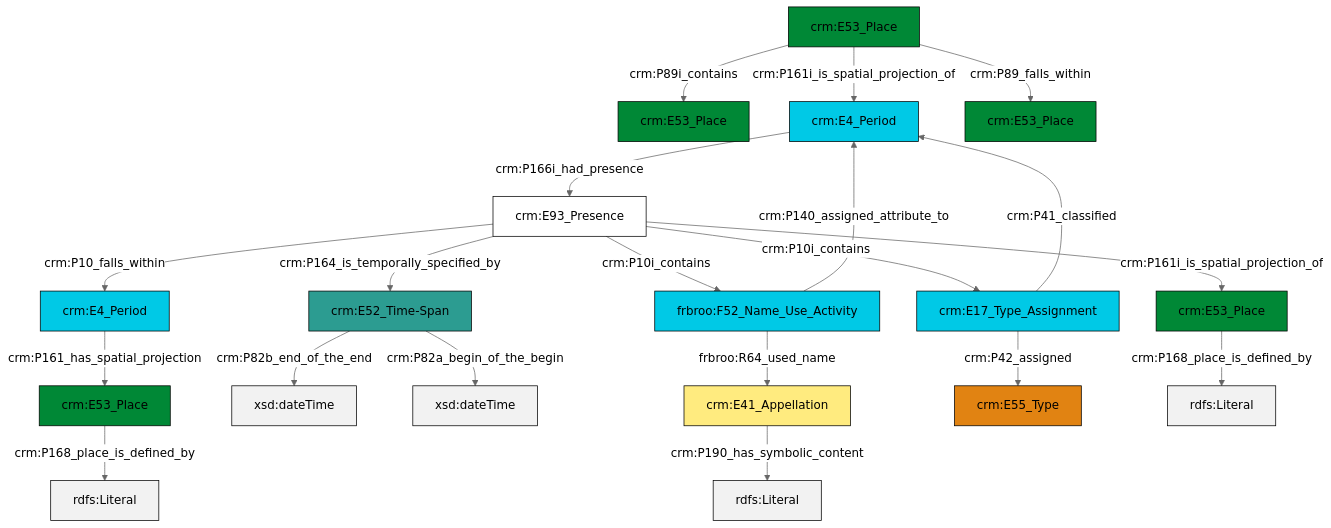
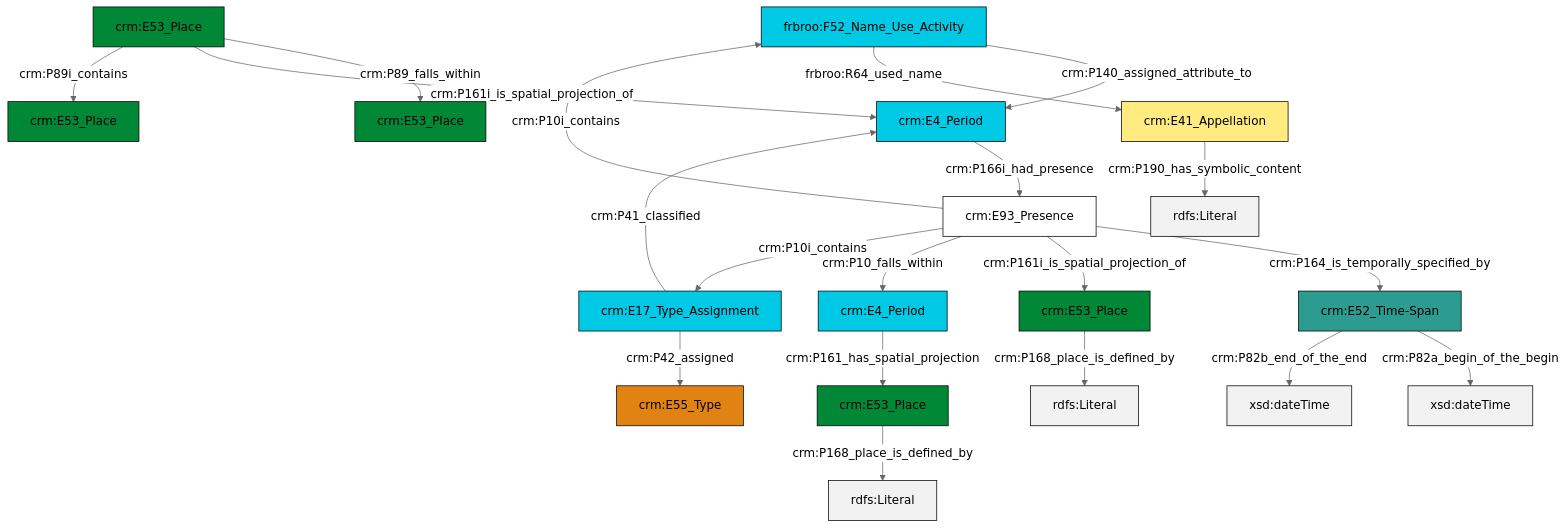
The diagram in et/placeCSV/ttl/mmd/place_parthood.ttl.mmd (swiss-art-research-net/reference-data-models), drawn with Mermaid (neutral theme) before and after one commit. The commit also changed 128 other files, not shown here.

```diff
--- a/et/placeCSV/ttl/mmd/place_parthood.ttl.mmd
+++ b/et/placeCSV/ttl/mmd/place_parthood.ttl.mmd
@@ -1,34 +1,34 @@
 graph TD
 classDef Literal fill:#f2f2f2,stroke:#000000;
 classDef CRM_Entity fill:#FFFFFF,stroke:#000000;
 classDef Temporal_Entity fill:#00C9E6, stroke:#000000;
 classDef Type fill:#E18312, stroke:#000000;
 classDef Time-Span fill:#2C9C91, stroke:#000000;
 classDef Appellation fill:#FFEB7F, stroke:#000000;
 classDef Place fill:#008836, stroke:#000000;
 classDef Persistent_Item fill:#B266B2, stroke:#000000;
 classDef Conceptual_Object fill:#FFD700, stroke:#000000;
 classDef Physical_Thing fill:#D2B48C, stroke:#000000;
 classDef Actor fill:#f58aad, stroke:#000000;
 classDef PC_Classes fill:#4ce600, stroke:#000000;
 classDef Multi fill:#cccccc,stroke:#000000;
 
-4["crm:E93_Presence"]:::CRM_Entity -->|crm:P10i_contains| 2["crm:E17_Type_Assignment"]:::Temporal_Entity
-0["crm:E53_Place"]:::Place -->|crm:P89i_contains| 5["crm:E53_Place"]:::Place
-6["crm:E4_Period"]:::Temporal_Entity -->|crm:P161_has_spatial_projection| 7["crm:E53_Place"]:::Place
-2["crm:E17_Type_Assignment"]:::Temporal_Entity -->|crm:P41_classified| 8["crm:E4_Period"]:::Temporal_Entity
-12["crm:E52_Time-Span"]:::Time-Span -->|crm:P82b_end_of_the_end| 13[xsd:dateTime]:::Literal
-4["crm:E93_Presence"]:::CRM_Entity -->|crm:P161i_is_spatial_projection_of| 10["crm:E53_Place"]:::Place
-14["frbroo:F52_Name_Use_Activity"]:::Temporal_Entity -->|crm:P140_assigned_attribute_to| 8["crm:E4_Period"]:::Temporal_Entity
-12["crm:E52_Time-Span"]:::Time-Span -->|crm:P82a_begin_of_the_begin| 15[xsd:dateTime]:::Literal
-8["crm:E4_Period"]:::Temporal_Entity -->|crm:P166i_had_presence| 4["crm:E93_Presence"]:::CRM_Entity
-0["crm:E53_Place"]:::Place -->|crm:P161i_is_spatial_projection_of| 8["crm:E4_Period"]:::Temporal_Entity
-14["frbroo:F52_Name_Use_Activity"]:::Temporal_Entity -->|frbroo:R64_used_name| 16["crm:E41_Appellation"]:::Appellation
-4["crm:E93_Presence"]:::CRM_Entity -->|crm:P10_falls_within| 6["crm:E4_Period"]:::Temporal_Entity
-2["crm:E17_Type_Assignment"]:::Temporal_Entity -->|crm:P42_assigned| 19["crm:E55_Type"]:::Type
-0["crm:E53_Place"]:::Place -->|crm:P89_falls_within| 22["crm:E53_Place"]:::Place
-10["crm:E53_Place"]:::Place -->|crm:P168_place_is_defined_by| 25[rdfs:Literal]:::Literal
-16["crm:E41_Appellation"]:::Appellation -->|crm:P190_has_symbolic_content| 26[rdfs:Literal]:::Literal
-7["crm:E53_Place"]:::Place -->|crm:P168_place_is_defined_by| 28[rdfs:Literal]:::Literal
-4["crm:E93_Presence"]:::CRM_Entity -->|crm:P10i_contains| 14["frbroo:F52_Name_Use_Activity"]:::Temporal_Entity
-4["crm:E93_Presence"]:::CRM_Entity -->|crm:P164_is_temporally_specified_by| 12["crm:E52_Time-Span"]:::Time-Span
+0["frbroo:F52_Name_Use_Activity"]:::Temporal_Entity -->|crm:P140_assigned_attribute_to| 1["crm:E4_Period"]:::Temporal_Entity
+2["crm:E93_Presence"]:::CRM_Entity -->|crm:P164_is_temporally_specified_by| 3["crm:E52_Time-Span"]:::Time-Span
+4["crm:E53_Place"]:::Place -->|crm:P89_falls_within| 5["crm:E53_Place"]:::Place
+0["frbroo:F52_Name_Use_Activity"]:::Temporal_Entity -->|frbroo:R64_used_name| 10["crm:E41_Appellation"]:::Appellation
+11["crm:E4_Period"]:::Temporal_Entity -->|crm:P161_has_spatial_projection| 12["crm:E53_Place"]:::Place
+13["crm:E53_Place"]:::Place -->|crm:P168_place_is_defined_by| 14[rdfs:Literal]:::Literal
+4["crm:E53_Place"]:::Place -->|crm:P161i_is_spatial_projection_of| 1["crm:E4_Period"]:::Temporal_Entity
+2["crm:E93_Presence"]:::CRM_Entity -->|crm:P161i_is_spatial_projection_of| 13["crm:E53_Place"]:::Place
+2["crm:E93_Presence"]:::CRM_Entity -->|crm:P10_falls_within| 11["crm:E4_Period"]:::Temporal_Entity
+16["crm:E17_Type_Assignment"]:::Temporal_Entity -->|crm:P42_assigned| 18["crm:E55_Type"]:::Type
+2["crm:E93_Presence"]:::CRM_Entity -->|crm:P10i_contains| 0["frbroo:F52_Name_Use_Activity"]:::Temporal_Entity
+10["crm:E41_Appellation"]:::Appellation -->|crm:P190_has_symbolic_content| 21[rdfs:Literal]:::Literal
+3["crm:E52_Time-Span"]:::Time-Span -->|crm:P82a_begin_of_the_begin| 23[xsd:dateTime]:::Literal
+4["crm:E53_Place"]:::Place -->|crm:P89i_contains| 6["crm:E53_Place"]:::Place
+2["crm:E93_Presence"]:::CRM_Entity -->|crm:P10i_contains| 16["crm:E17_Type_Assignment"]:::Temporal_Entity
+3["crm:E52_Time-Span"]:::Time-Span -->|crm:P82b_end_of_the_end| 26[xsd:dateTime]:::Literal
+12["crm:E53_Place"]:::Place -->|crm:P168_place_is_defined_by| 27[rdfs:Literal]:::Literal
+1["crm:E4_Period"]:::Temporal_Entity -->|crm:P166i_had_presence| 2["crm:E93_Presence"]:::CRM_Entity
+16["crm:E17_Type_Assignment"]:::Temporal_Entity -->|crm:P41_classified| 1["crm:E4_Period"]:::Temporal_Entity
```
